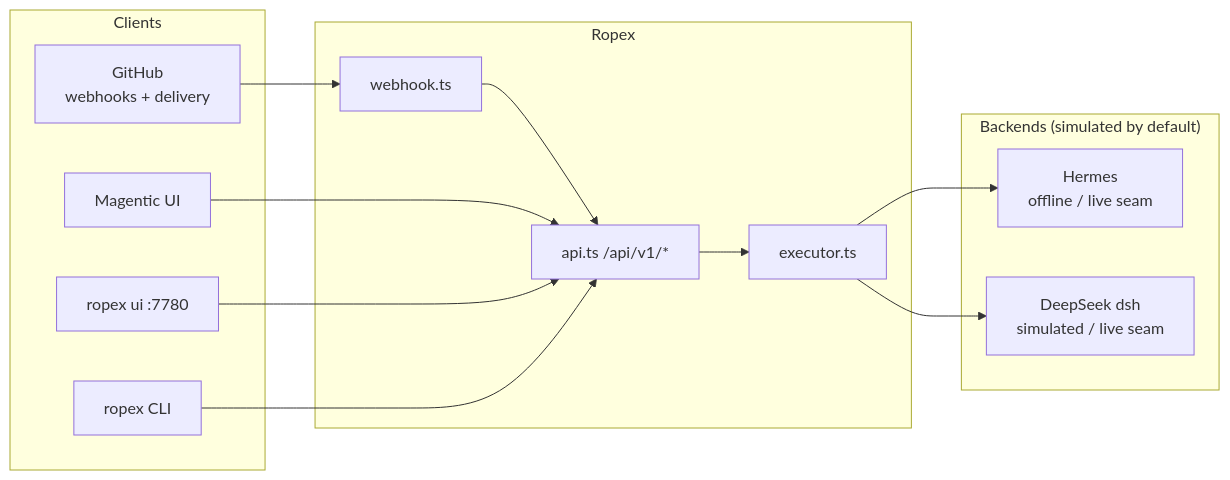
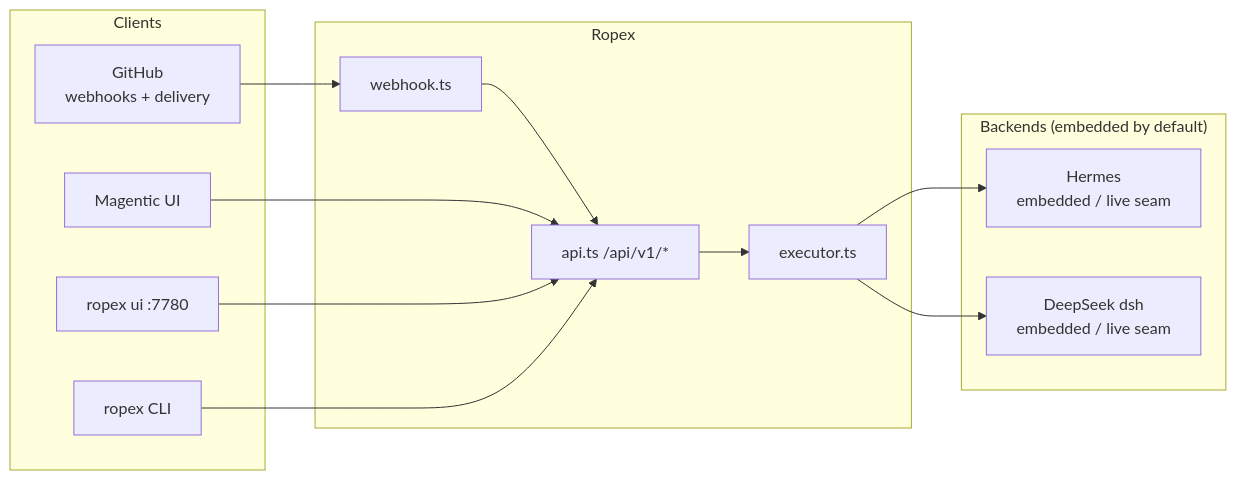
The tenth of 10 diagrams in docs/system-architecture.md (amirsdream/ropex), drawn with Mermaid before and after one commit. The commit also changed 17 other files, not shown here.

First line of the commit message:
Enforce embedded Hermes+DeepSeek path; remove simulated backends

````diff
--- a/docs/system-architecture.md
+++ b/docs/system-architecture.md
@@ -377,27 +377,27 @@
 ```mermaid
 flowchart LR
   subgraph Clients
     GH["GitHub<br/>webhooks + delivery"]
     MAG["Magentic UI"]
     RUI["ropex ui :7780"]
     CLI2["ropex CLI"]
   end
 
   subgraph Ropex
     WH["webhook.ts"]
     API["api.ts /api/v1/*"]
     EX["executor.ts"]
   end
 
-  subgraph Backends["Backends (simulated by default)"]
-    H2["Hermes<br/>offline / live seam"]
-    D2["DeepSeek dsh<br/>simulated / live seam"]
+  subgraph Backends["Backends (embedded by default)"]
+    H2["Hermes<br/>embedded / live seam"]
+    D2["DeepSeek dsh<br/>embedded / live seam"]
   end
 
   GH --> WH --> API
   MAG --> API --> EX
   RUI --> API
   CLI2 --> API
   EX --> H2
   EX --> D2
 ```
````
